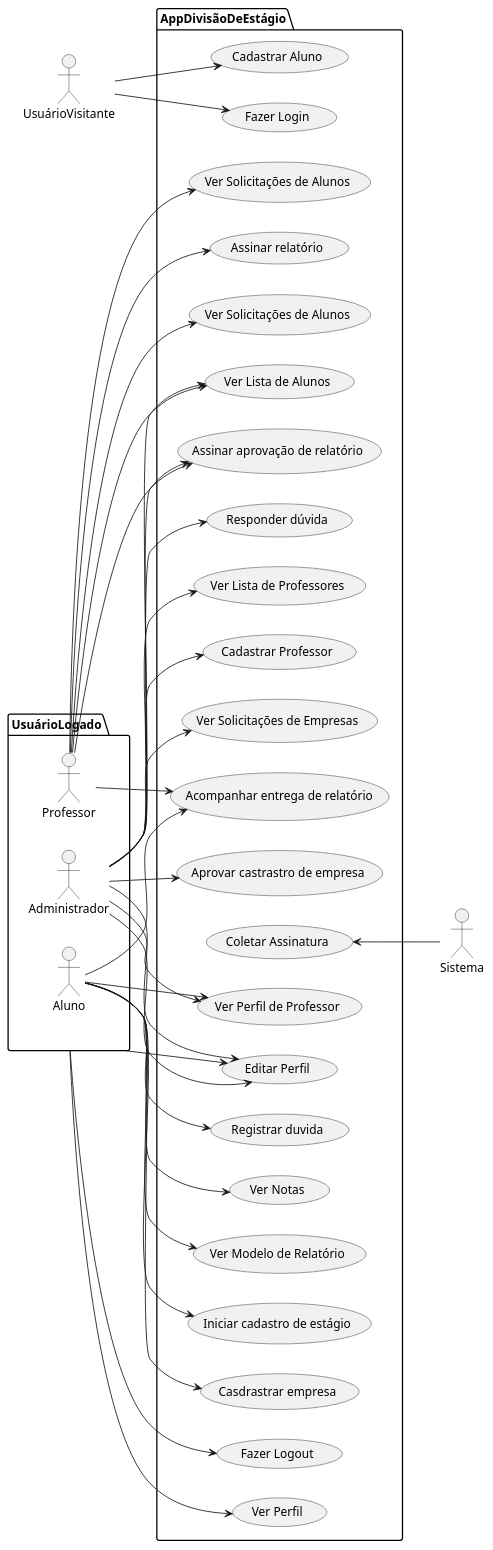
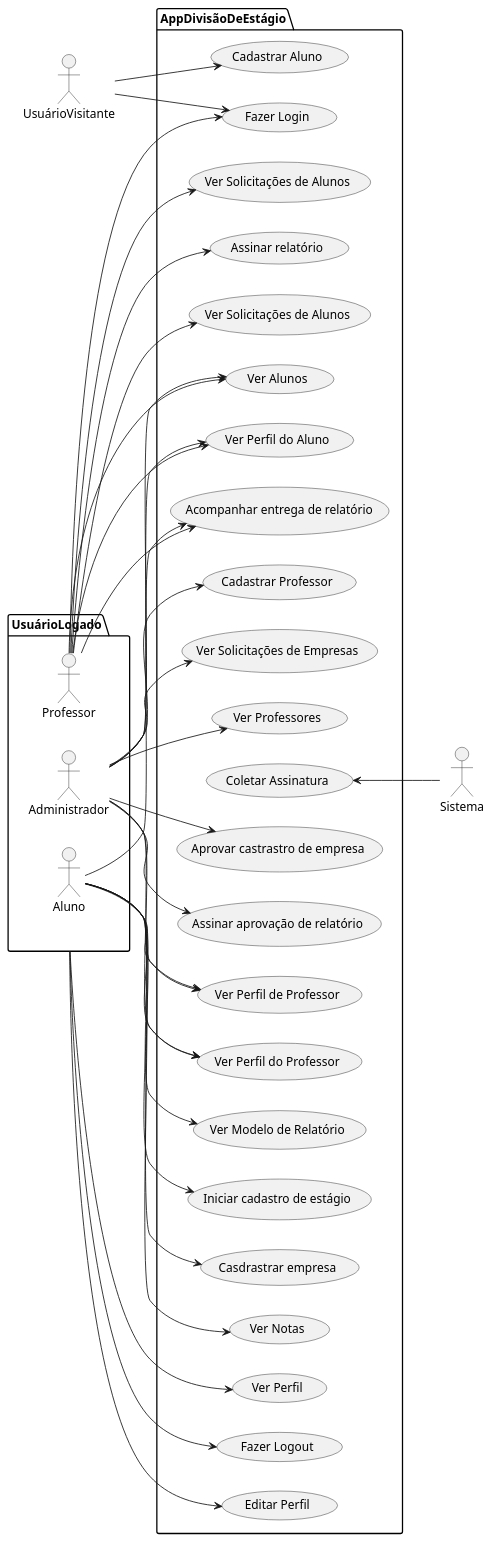
One commit to cabare-do-mel/divestagio_poli changed the diagram in Casos de Uso/UseCases.plantuml. Above: the diagram before and after it, drawn with PlantUML.

Commit message:
Adicionando novos casos de uso

```diff
--- a/Casos de Uso/UseCases.plantuml
+++ b/Casos de Uso/UseCases.plantuml
@@ -1,76 +1,72 @@
 @startuml
 left to right direction
 actor UsuárioVisitante as uv
 actor Sistema as sys
 package UsuárioLogado as ul{
   actor Professor as p
   actor Administrador as adm
   actor Aluno as al
 }
 package AppDivisãoDeEstágio {
   usecase "Ver Perfil" as UC1
-
-  usecase "Ver Modelo de Relatório" as UC3
-  usecase "Iniciar cadastro de estágio" as UC4
-  usecase "Casdrastrar empresa" as UC5
-  usecase "Ver Perfil de Professor" as UC6
-  usecase "Acompanhar entrega de relatório" as UC7
-  usecase "Assinar relatório" as UC8
-  usecase "Aprovar castrastro de empresa" as UC9
-
-  usecase "Registrar duvida" as UC11
-  usecase "Responder dúvida" as UC12
-  usecase "Assinar aprovação de relatório" as UC13
-  usecase "Cadastrar Professor" as UC14
-  usecase "Editar Perfil" as UC15
-  usecase "Coletar Assinatura" as UC16
-  usecase "Fazer Login" as UC17
-  usecase "Cadastrar Aluno" as UC18
-  usecase "Ver Solicitações de Empresas" as UC19
-  usecase "Ver Solicitações de Alunos" as UC20
-  usecase "Ver Lista de Professores" as UC21
-  usecase "Ver Lista de Alunos" as UC22
-  usecase "Ver Solicitações de Alunos" as UC23
-  usecase "Fazer Logout" as UC24
-  usecase "Ver Notas" as UC25
+  usecase "Ver Modelo de Relatório" as UC2
+  usecase "Iniciar cadastro de estágio" as UC3
+  usecase "Casdrastrar empresa" as UC4
+  usecase "Ver Perfil de Professor" as UC5
+  usecase "Acompanhar entrega de relatório" as UC6
+  usecase "Assinar relatório" as UC7
+  usecase "Aprovar castrastro de empresa" as UC8
+  usecase "Assinar aprovação de relatório" as UC9
+  usecase "Cadastrar Professor" as UC10
+  usecase "Editar Perfil" as UC11
+  usecase "Coletar Assinatura" as UC12
+  usecase "Fazer Login" as UC13
+  usecase "Cadastrar Aluno" as UC14
+  usecase "Ver Solicitações de Empresas" as UC15
+  usecase "Ver Solicitações de Alunos" as UC16
+  usecase "Ver Professores" as UC17
+  usecase "Ver Alunos" as UC18
+  usecase "Ver Solicitações de Alunos" as UC19
+  usecase "Fazer Logout" as UC20
+  usecase "Ver Notas" as UC21
+  usecase "Ver Perfil do Aluno" as UC22
+  usecase "Ver Perfil do Professor" as UC23
 }
 
-UC16 <-- sys
+UC12 <-- sys
 
 
-adm --> UC6
+adm --> UC5
+adm --> UC8
 adm --> UC9
-
-adm --> UC12
-adm --> UC13
-adm --> UC14
+adm --> UC10
 adm --> UC15
-adm --> UC15
-adm --> UC19
-adm --> UC21
+adm --> UC17
+adm --> UC18
 adm --> UC22
+adm --> UC23
 
 
+p --> UC6
 p --> UC7
-p --> UC8
 p --> UC13
-p --> UC20
+p --> UC16
+p --> UC18
+p --> UC19
 p --> UC22
-p --> UC23
 
+al --> UC2
 al --> UC3
 al --> UC4
 al --> UC5
 al --> UC6
-al --> UC7
+al --> UC21
+al --> UC23
 
-al --> UC11
-al --> UC25
-
-uv --> UC17
-uv --> UC18
+uv --> UC13
+uv --> UC14
 
 ul --> UC1
-ul --> UC15
-ul --> UC24
+ul --> UC11
+ul --> UC20
 @enduml
```
